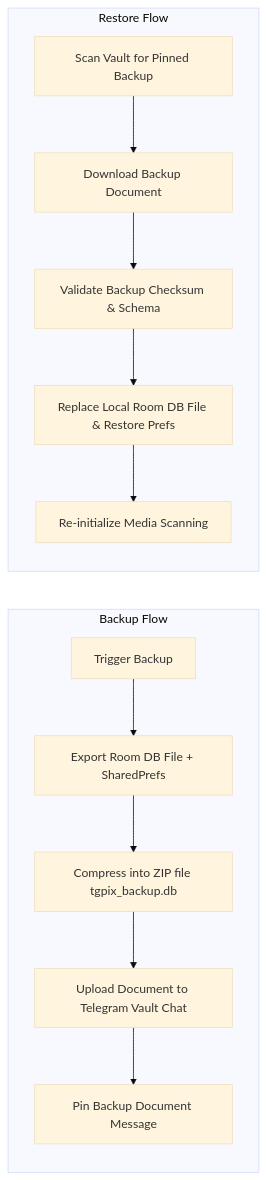
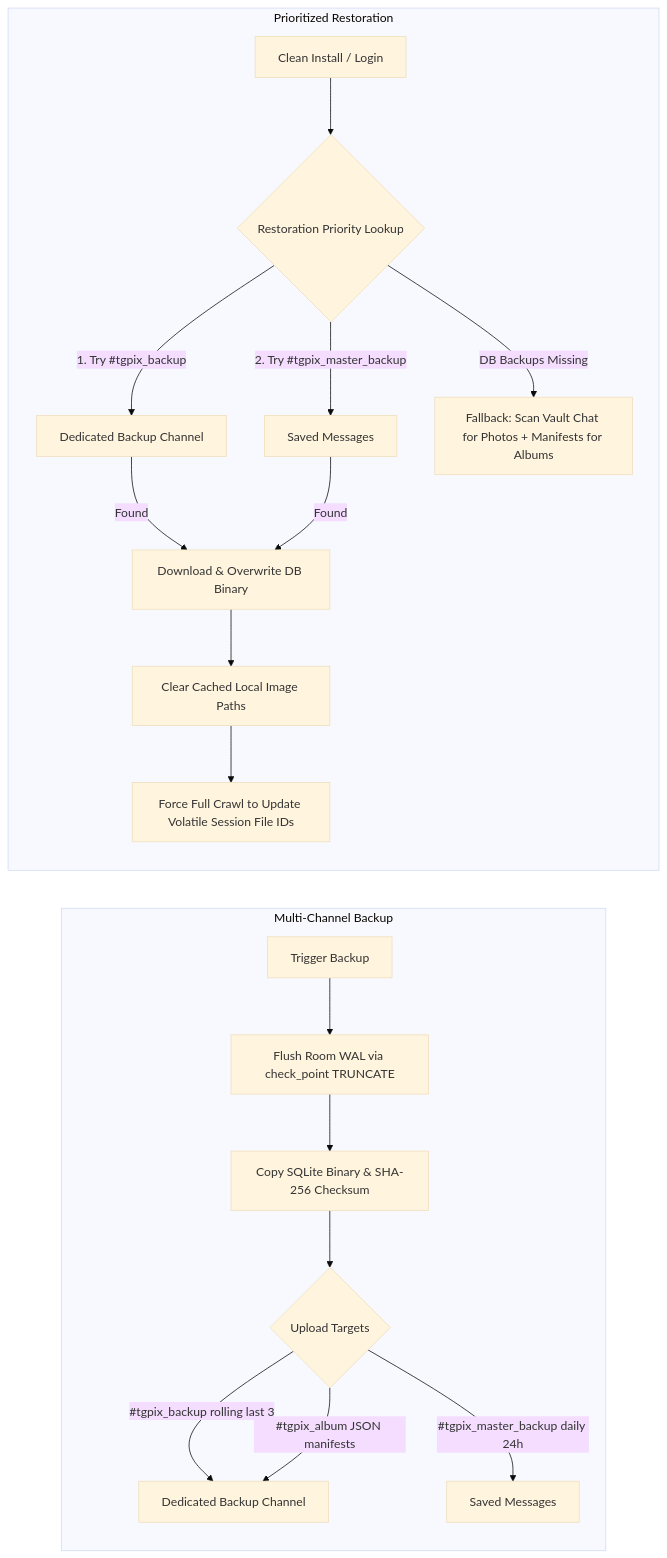
Before and after one commit to ssJvirtually/telegallery-android: the fifth of 7 diagrams in application_flows.md, drawn with Mermaid (base theme). The commit also changed other lines of this file and 111 other files, not shown here.

````diff
--- a/application_flows.md
+++ b/application_flows.md
@@ -136,16 +144,22 @@
 ```mermaid
 graph LR
-    subgraph Backup Flow
-    A[Trigger Backup] --> B[Export Room DB File + SharedPrefs]
-    B --> C[Compress into ZIP file tgpix_backup.db]
-    C --> D[Upload Document to Telegram Vault Chat]
-    D --> E[Pin Backup Document Message]
+    subgraph Multi-Channel Backup
+        A[Trigger Backup] --> B[Flush Room WAL via check_point TRUNCATE]
+        B --> C[Copy SQLite Binary & SHA-256 Checksum]
+        C --> D{Upload Targets}
+        D -->|#tgpix_backup rolling last 3| E[Dedicated Backup Channel]
+        D -->|#tgpix_master_backup daily 24h| F[Saved Messages]
+        D -->|#tgpix_album JSON manifests| E
     end
-
-    subgraph Restore Flow
-    F[Scan Vault for Pinned Backup] --> G[Download Backup Document]
-    G --> H[Validate Backup Checksum & Schema]
-    H --> I[Replace Local Room DB File & Restore Prefs]
-    I --> J[Re-initialize Media Scanning]
+    
+    subgraph Prioritized Restoration
+        G[Clean Install / Login] --> H{Restoration Priority Lookup}
+        H -->|1. Try #tgpix_backup| I[Dedicated Backup Channel]
+        H -->|2. Try #tgpix_master_backup| J[Saved Messages]
+        I -->|Found| K[Download & Overwrite DB Binary]
+        J -->|Found| K
+        K --> L[Clear Cached Local Image Paths]
+        L --> M[Force Full Crawl to Update Volatile Session File IDs]
+        H -->|DB Backups Missing| N[Fallback: Scan Vault Chat for Photos + Manifests for Albums]
     end
 ```
````
